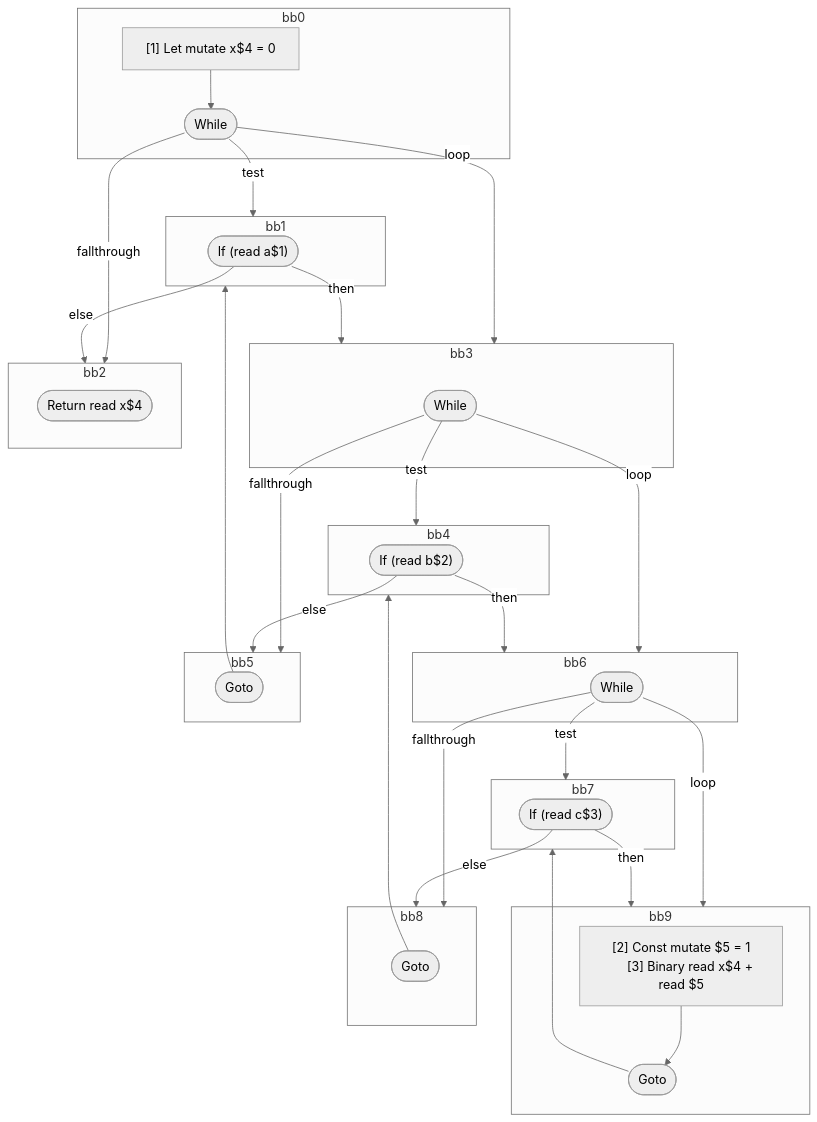
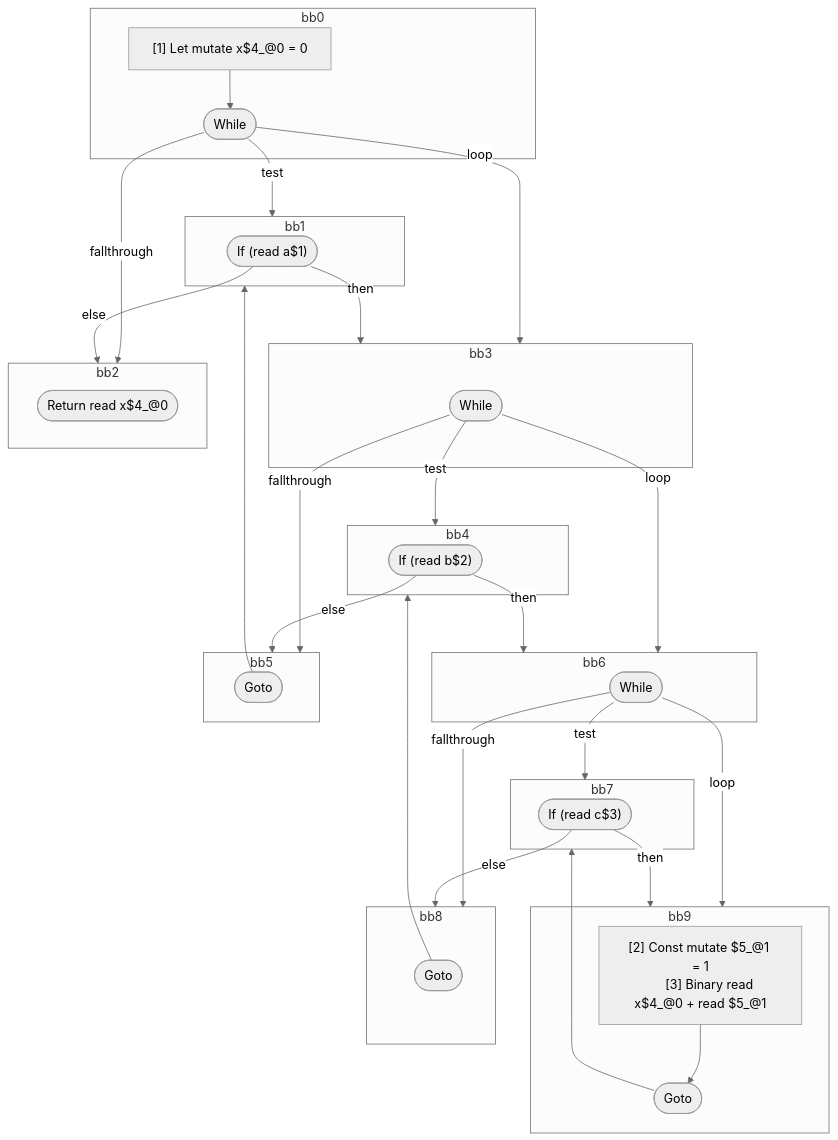
Before and after one commit to wutsmog/private: the diagram in compiler/forget/src/__tests__/fixtures/hir/ssa-nested-loops-no-reassign.expect.md, drawn with Mermaid (neutral theme). The commit also changed other lines of this file and 60 other files, not shown here.

````diff
--- a/compiler/forget/src/__tests__/fixtures/hir/ssa-nested-loops-no-reassign.expect.md
+++ b/compiler/forget/src/__tests__/fixtures/hir/ssa-nested-loops-no-reassign.expect.md
@@ -59,62 +59,62 @@
 ```mermaid
 flowchart TB
   %% Basic Blocks
   subgraph bb0
     bb0_instrs["
-      [1] Let mutate x$4 = 0
+      [1] Let mutate x$4_@0 = 0
     "]
     bb0_instrs --> bb0_terminal(["While"])
   end
   subgraph bb1
     bb1_terminal(["If (read a$1)"])
   end
   subgraph bb3
     bb3_terminal(["While"])
   end
   subgraph bb4
     bb4_terminal(["If (read b$2)"])
   end
   subgraph bb6
     bb6_terminal(["While"])
   end
   subgraph bb7
     bb7_terminal(["If (read c$3)"])
   end
   subgraph bb9
     bb9_instrs["
-      [2] Const mutate $5 = 1
-      [3] Binary read x$4 + read $5
+      [2] Const mutate $5_@1 = 1
+      [3] Binary read x$4_@0 + read $5_@1
     "]
     bb9_instrs --> bb9_terminal(["Goto"])
   end
   subgraph bb8
     bb8_terminal(["Goto"])
   end
   subgraph bb5
     bb5_terminal(["Goto"])
   end
   subgraph bb2
-    bb2_terminal(["Return read x$4"])
+    bb2_terminal(["Return read x$4_@0"])
   end
 
   %% Jumps
   bb0_terminal -- test --> bb1
   bb0_terminal -- loop --> bb3
   bb0_terminal -- fallthrough --> bb2
   bb1_terminal -- then --> bb3
   bb1_terminal -- else --> bb2
   bb3_terminal -- test --> bb4
   bb3_terminal -- loop --> bb6
   bb3_terminal -- fallthrough --> bb5
   bb4_terminal -- then --> bb6
   bb4_terminal -- else --> bb5
   bb6_terminal -- test --> bb7
   bb6_terminal -- loop --> bb9
   bb6_terminal -- fallthrough --> bb8
   bb7_terminal -- then --> bb9
   bb7_terminal -- else --> bb8
   bb9_terminal --> bb7
   bb8_terminal --> bb4
   bb5_terminal --> bb1
 
 ```
````
